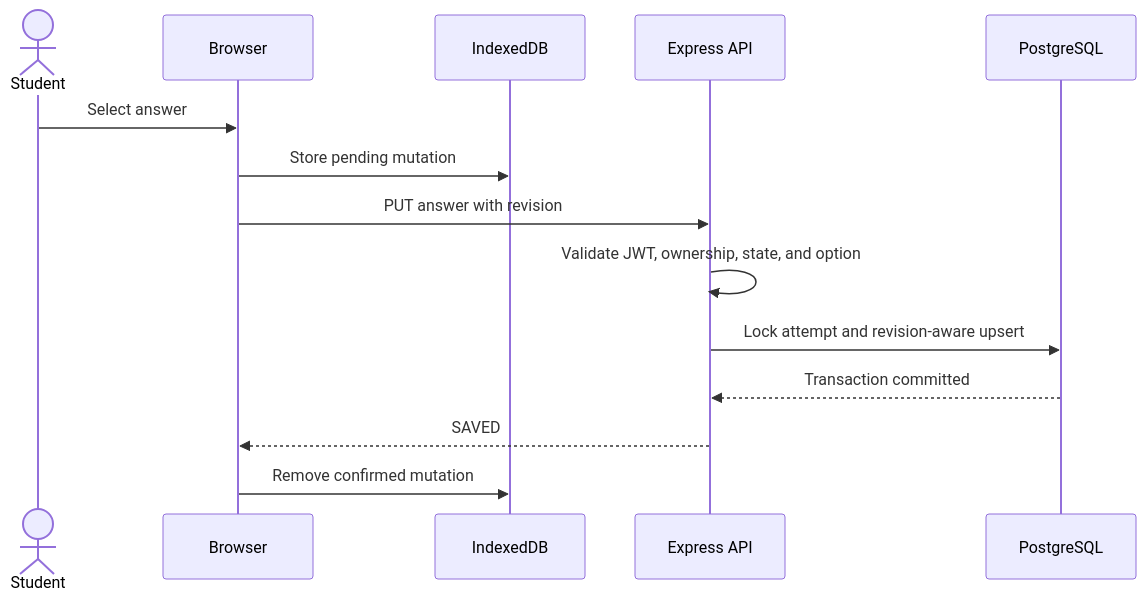
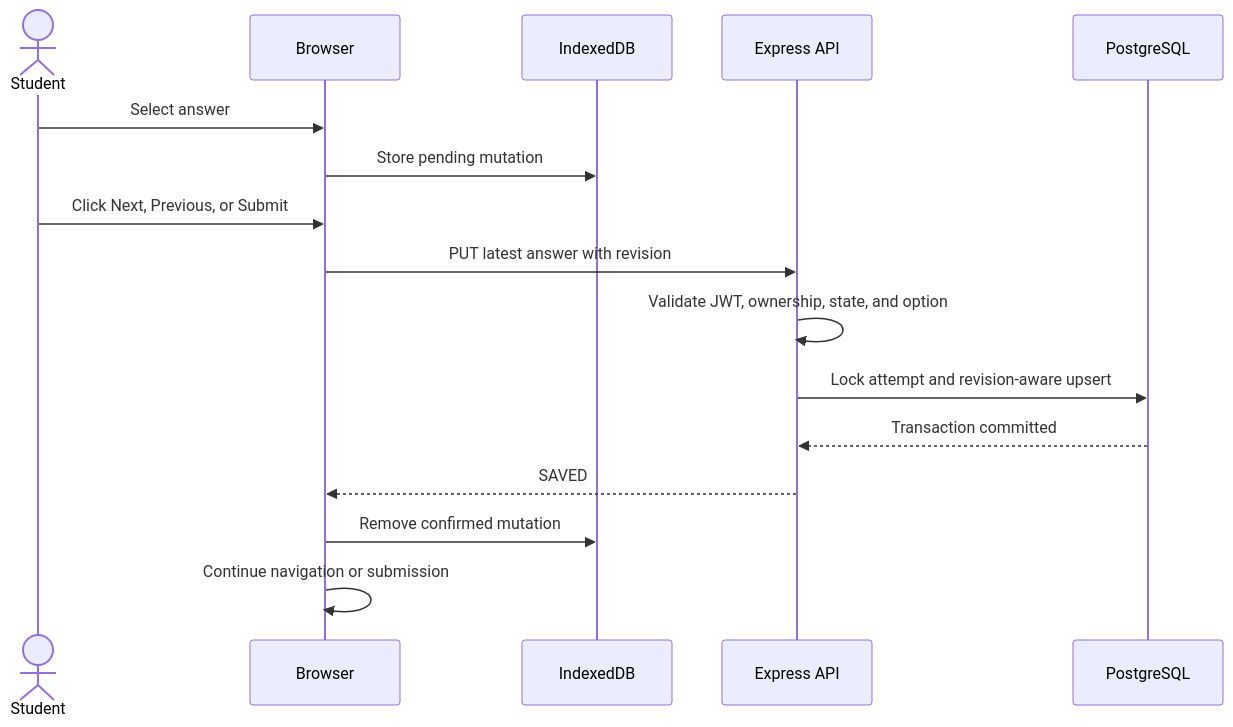
One commit to ayushs206/owasp-quiz-be changed the second of 3 diagrams in docs/hld.md. Above: the diagram before and after it, drawn with Mermaid. The commit also changed other lines of this file and 3 other files, not shown here.

Commit message:
docs: simplify answer saving on navigation

````diff
--- a/docs/hld.md
+++ b/docs/hld.md
@@ -101,17 +101,19 @@
 ```mermaid
 sequenceDiagram
     actor Student
     participant Browser
     participant IndexedDB
     participant API as Express API
     participant DB as PostgreSQL
 
     Student->>Browser: Select answer
     Browser->>IndexedDB: Store pending mutation
-    Browser->>API: PUT answer with revision
+    Student->>Browser: Click Next, Previous, or Submit
+    Browser->>API: PUT latest answer with revision
     API->>API: Validate JWT, ownership, state, and option
     API->>DB: Lock attempt and revision-aware upsert
     DB-->>API: Transaction committed
     API-->>Browser: SAVED
     Browser->>IndexedDB: Remove confirmed mutation
+    Browser->>Browser: Continue navigation or submission
 ```
````
